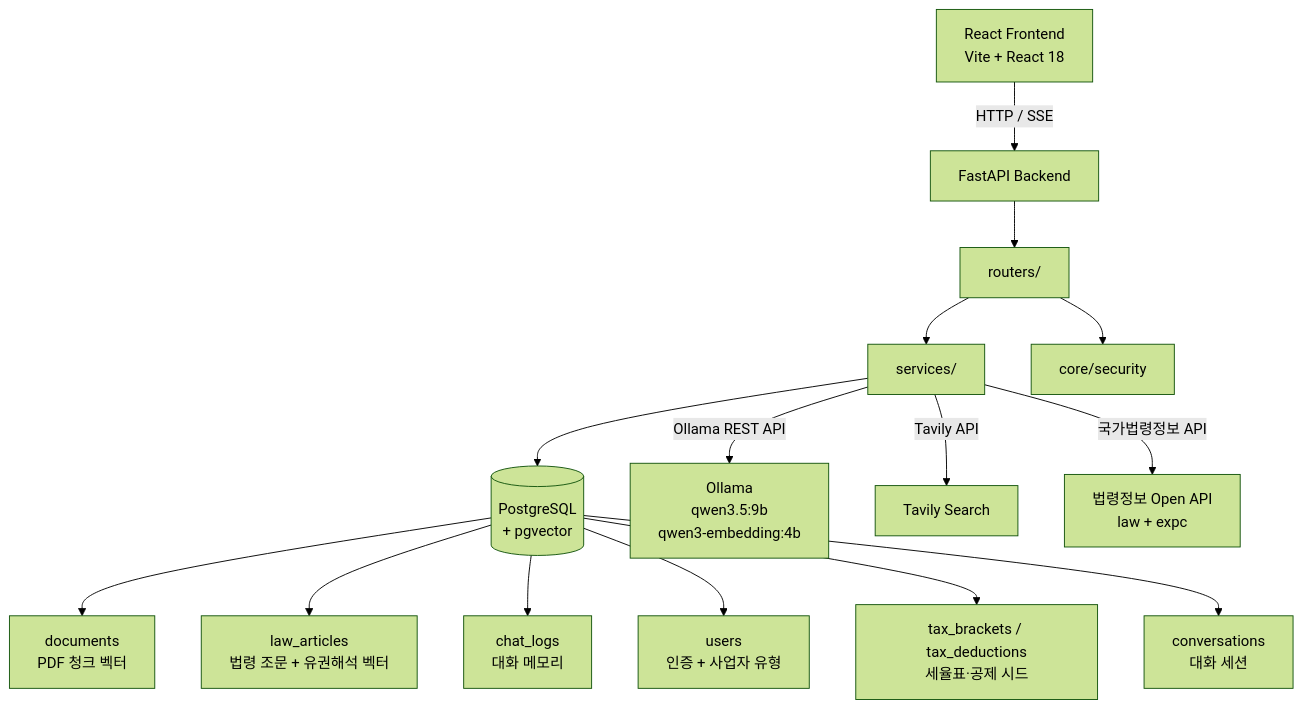
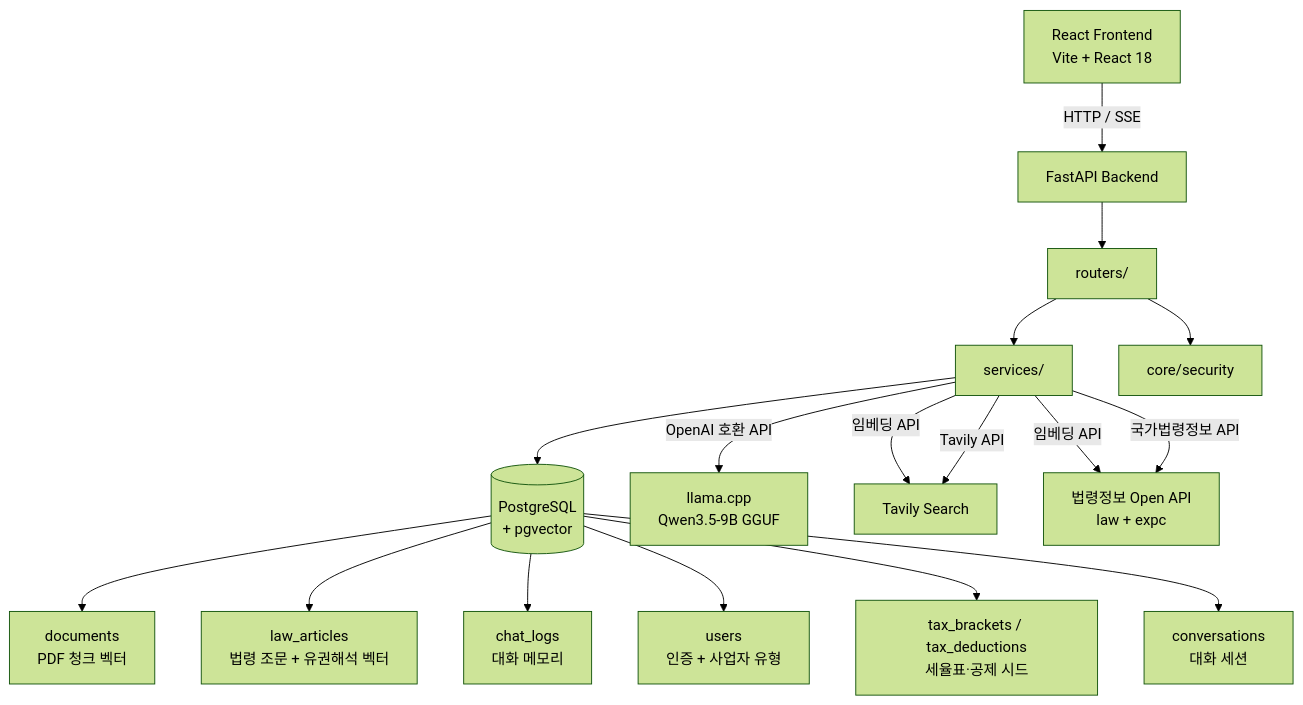
Before and after one commit to pth6254/tax_assistant: the diagram in README.md, drawn with Mermaid (forest theme). The commit also changed other lines of this file and 38 other files, not shown here.

First line of the commit message:
Add llama.cpp inference providers and embedding v2 migration

````diff
--- a/README.md
+++ b/README.md
@@ -141,20 +141,22 @@
 ```mermaid
 graph TD
     A[React Frontend<br/>Vite + React 18] -->|HTTP / SSE| B[FastAPI Backend]
 
     B --> C[routers/]
     C --> D[services/]
     C --> E[core/security]
     D --> F[(PostgreSQL<br/>+ pgvector)]
 
-    D -->|Ollama REST API| G[Ollama<br/>qwen3.5:9b<br/>qwen3-embedding:4b]
+    D -->|OpenAI 호환 API| G[llama.cpp<br/>Qwen3.5-9B GGUF]
+    D -->|임베딩 API| H[Ollama<br/>qwen3-embedding:4b]
+    D -->|임베딩 API| I[llama.cpp<br/>Qwen3 Embedding 4B GGUF]
     D -->|Tavily API| H[Tavily Search]
     D -->|국가법령정보 API| I[법령정보 Open API<br/>law + expc]
 
     F --> F1[documents<br/>PDF 청크 벡터]
     F --> F2[law_articles<br/>법령 조문 + 유권해석 벡터]
     F --> F3[chat_logs<br/>대화 메모리]
     F --> F4[users<br/>인증 + 사업자 유형]
     F --> F5[tax_brackets / tax_deductions<br/>세율표·공제 시드]
     F --> F6[conversations<br/>대화 세션]
 ```
````
